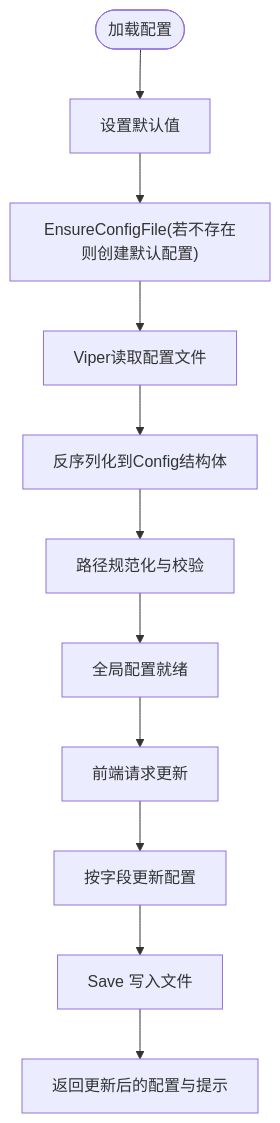
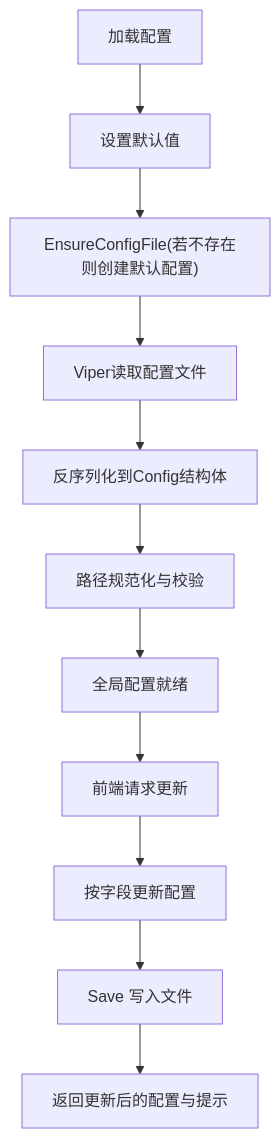
Before and after one commit to kqcoxn/MaaPipelineEditor: the third of 8 diagrams in .qoder/repowiki/zh/content/核心概念/配置持久化.md, drawn with Mermaid. The commit also changed other lines of this file and 10 other files, not shown here.

````diff
--- a/.qoder/repowiki/zh/content/核心概念/配置持久化.md
+++ b/.qoder/repowiki/zh/content/核心概念/配置持久化.md
@@ -176,13 +204,13 @@
 ```mermaid
 flowchart TD
-Start(["加载配置"]) --> Defaults["设置默认值"]
+Start["加载配置"] --> Defaults["设置默认值"]
 Defaults --> Ensure["EnsureConfigFile(若不存在则创建默认配置)"]
 Ensure --> Read["Viper读取配置文件"]
 Read --> Parse["反序列化到Config结构体"]
 Parse --> Normalize["路径规范化与校验"]
 Normalize --> Ready["全局配置就绪"]
 Ready --> Update["前端请求更新"]
 Update --> Apply["按字段更新配置"]
 Apply --> Save["Save 写入文件"]
 Save --> Notify["返回更新后的配置与提示"]
 ```
````
